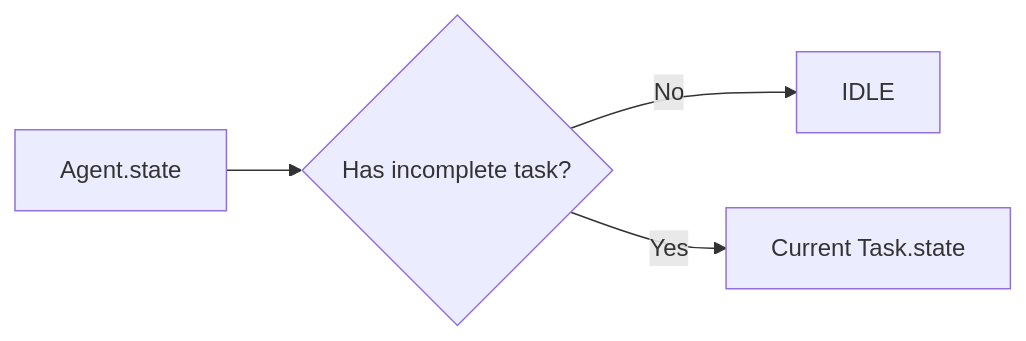
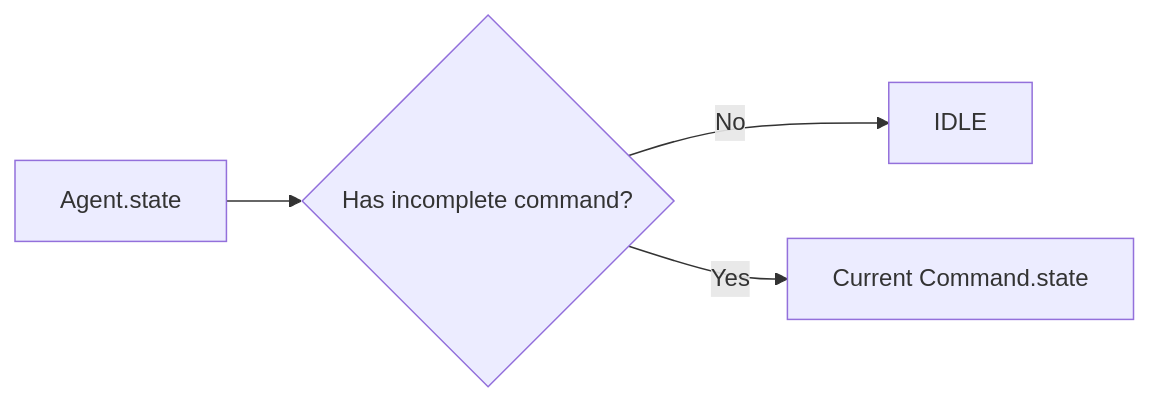
The fourth of 4 diagrams in docs/diagrams/full-cycle-sequence-diagram.md (samotage/claude-headspace), drawn with Mermaid before and after one commit. The commit also changed other lines of this file and 315 other files, not shown here.

First line of the commit message:
refactor: rename Task domain model to Command across entire codebase

````diff
--- a/docs/diagrams/full-cycle-sequence-diagram.md
+++ b/docs/diagrams/full-cycle-sequence-diagram.md
@@ -231,6 +231,6 @@
 ```mermaid
 flowchart LR
-    A[Agent.state] --> B{Has incomplete task?}
+    A[Agent.state] --> B{Has incomplete command?}
     B -->|No| C[IDLE]
-    B -->|Yes| D[Current Task.state]
+    B -->|Yes| D[Current Command.state]
 ```
````
